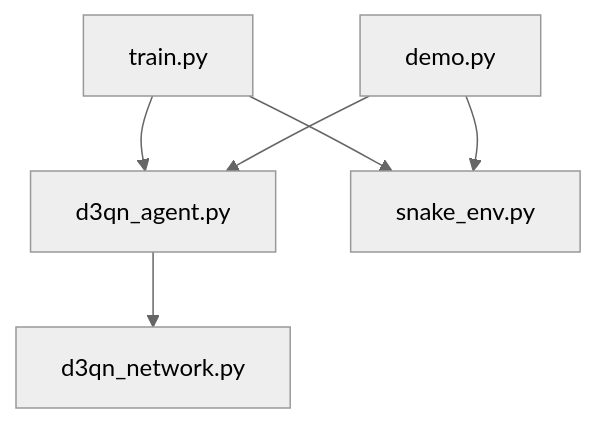
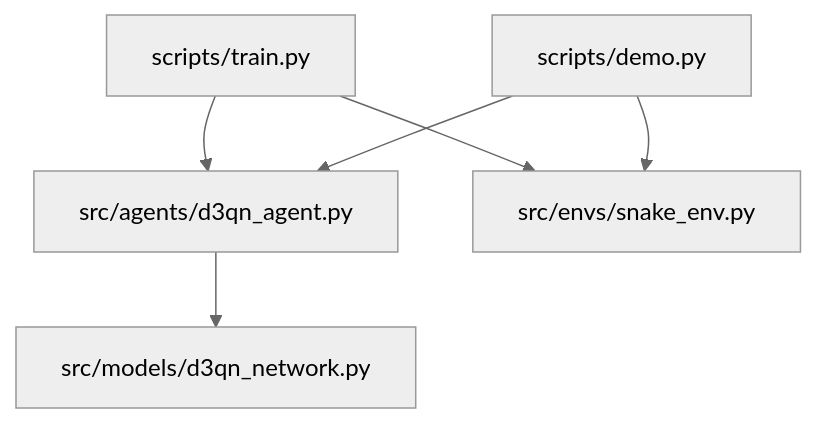
Before and after one commit to fuweiq94-cloud/3399180760000: the tenth of 10 diagrams in .qoder/repowiki/zh/content/D3QN算法实现/智能体逻辑实现.md, drawn with Mermaid (neutral theme). The commit also changed other lines of this file and 75 other files, not shown here.

````diff
--- a/.qoder/repowiki/zh/content/D3QN算法实现/智能体逻辑实现.md
+++ b/.qoder/repowiki/zh/content/D3QN算法实现/智能体逻辑实现.md
@@ -270,8 +327,8 @@
 ```mermaid
 graph TB
-A["train.py"] --> B["d3qn_agent.py"]
-B --> C["d3qn_network.py"]
-A --> D["snake_env.py"]
-E["demo.py"] --> B
+A["scripts/train.py"] --> B["src/agents/d3qn_agent.py"]
+B --> C["src/models/d3qn_network.py"]
+A --> D["src/envs/snake_env.py"]
+E["scripts/demo.py"] --> B
 E --> D
 ```
````
